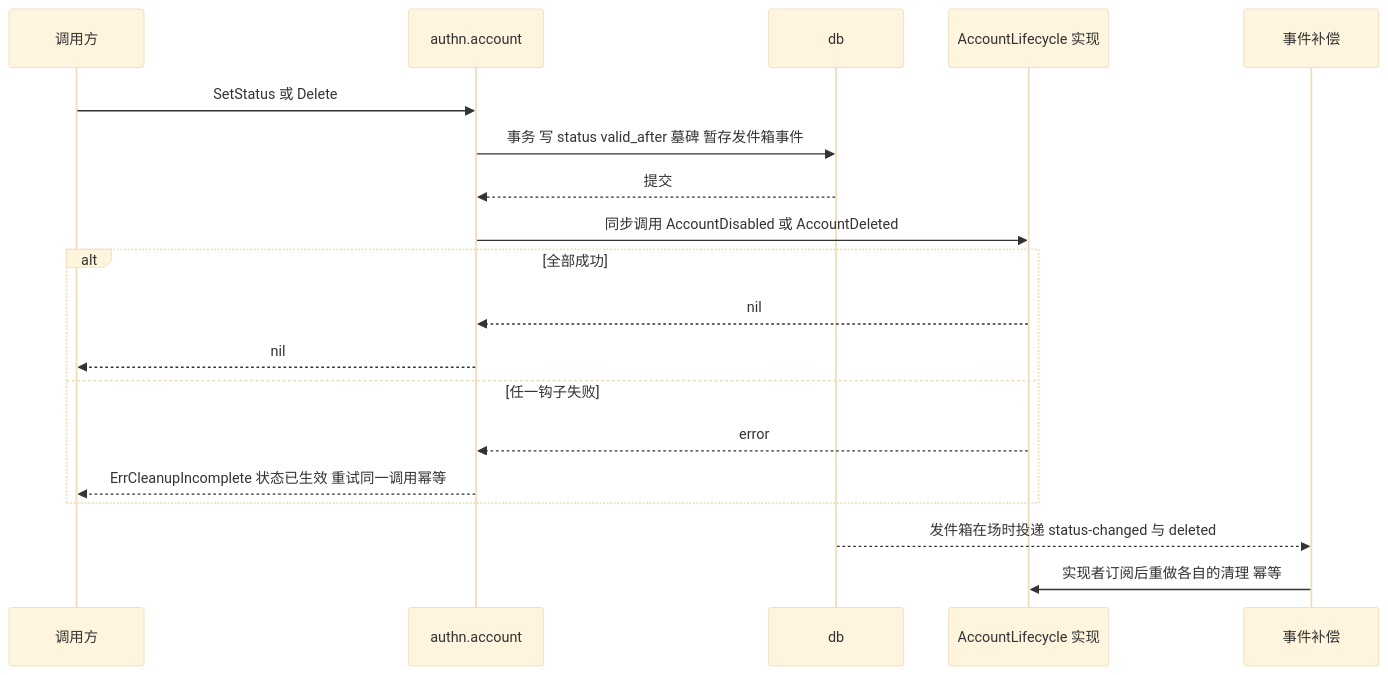
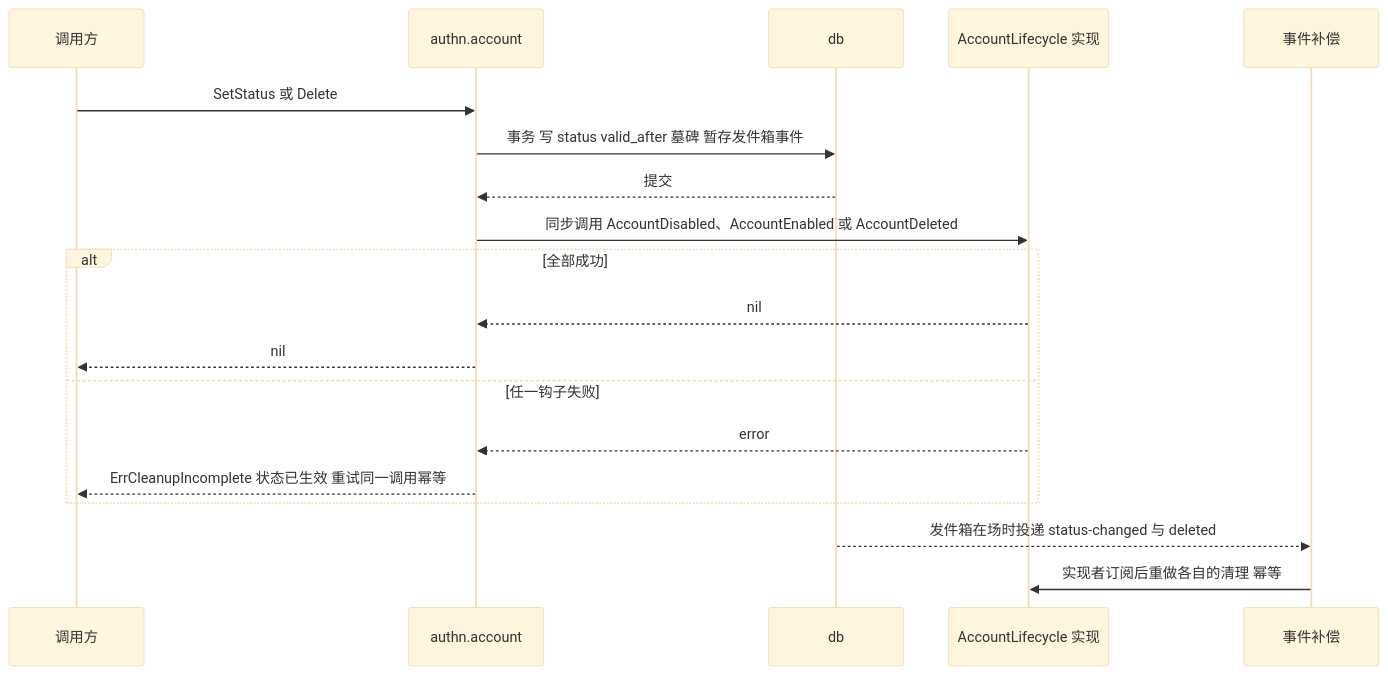
The third of 4 diagrams in docs/design/modules/authn/design-authn-account.md (wangzw/speed), drawn with Mermaid (base theme) before and after one commit. The commit also changed other lines of this file and 21 other files, not shown here.

````diff
--- a/docs/design/modules/authn/design-authn-account.md
+++ b/docs/design/modules/authn/design-authn-account.md
@@ -352,21 +356,21 @@
 ```mermaid
 sequenceDiagram
     participant C as 调用方
     participant A as authn.account
     participant D as db
     participant H as AccountLifecycle 实现
     participant E as 事件补偿
     C->>A: SetStatus 或 Delete
     A->>D: 事务 写 status valid_after 墓碑 暂存发件箱事件
     D-->>A: 提交
-    A->>H: 同步调用 AccountDisabled 或 AccountDeleted
+    A->>H: 同步调用 AccountDisabled、AccountEnabled 或 AccountDeleted
     alt 全部成功
         H-->>A: nil
         A-->>C: nil
     else 任一钩子失败
         H-->>A: error
         A-->>C: ErrCleanupIncomplete 状态已生效 重试同一调用幂等
     end
     D-->>E: 发件箱在场时投递 status-changed 与 deleted
     E->>H: 实现者订阅后重做各自的清理 幂等
 ```
````
